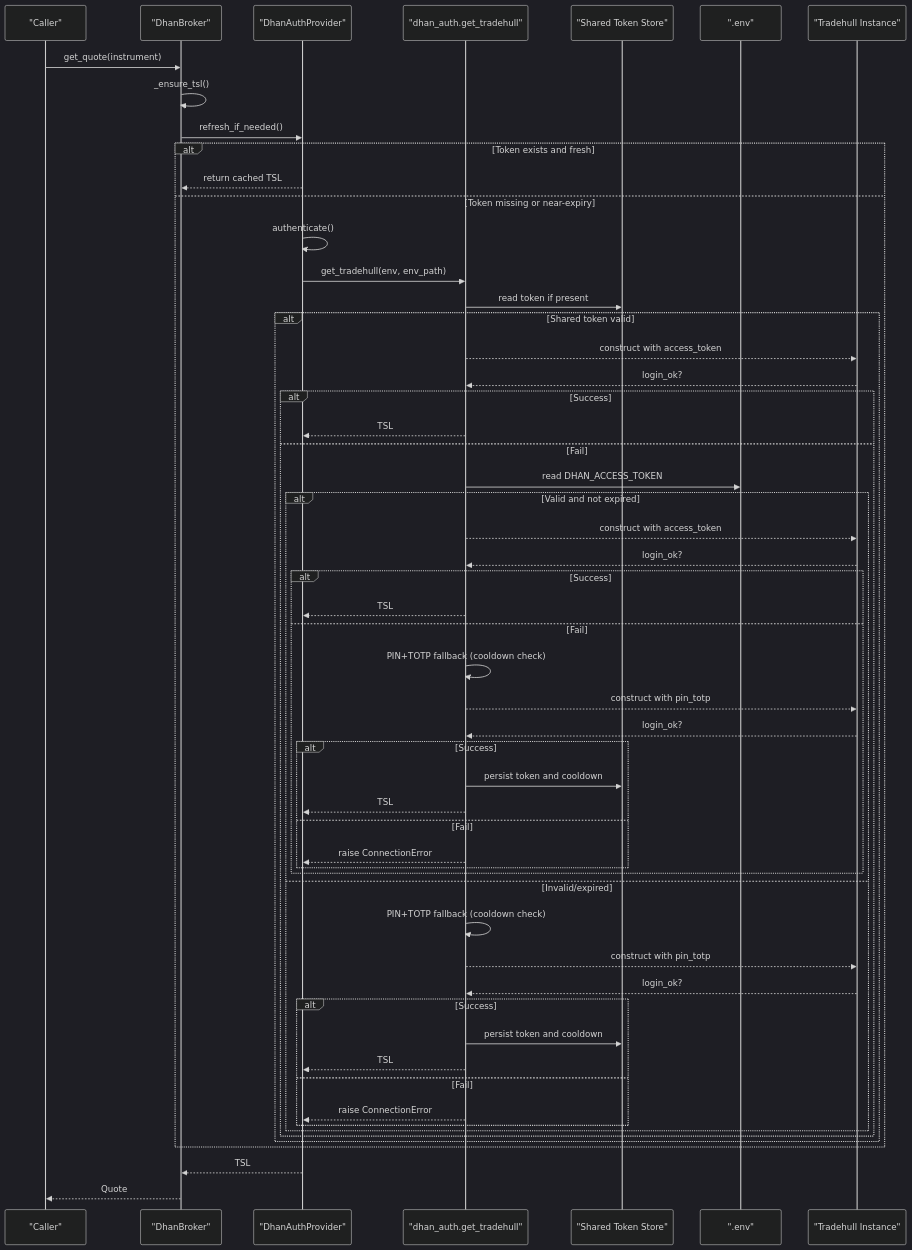
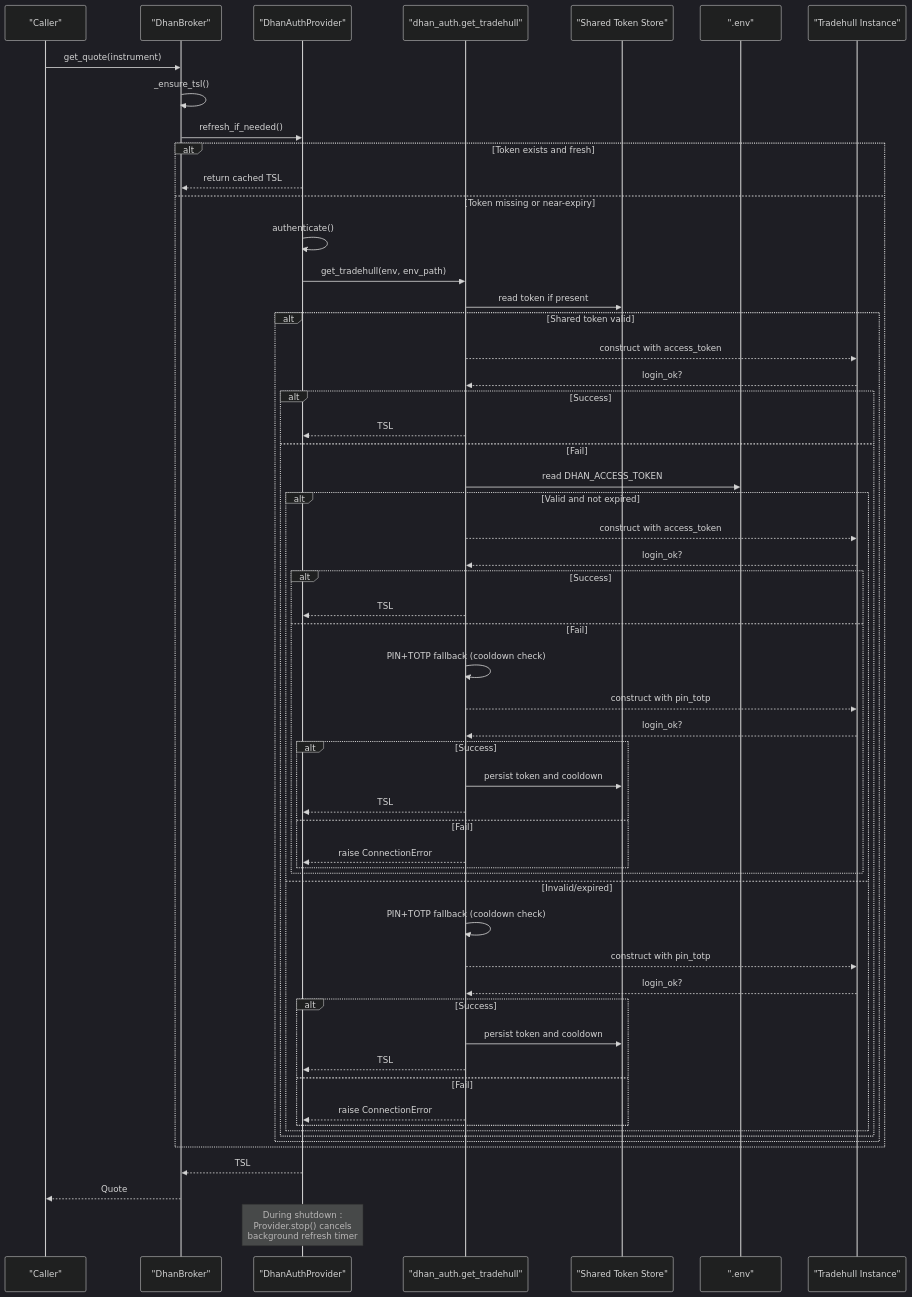
Before and after one commit to Ganesh-Kusundal/nTrade: the third of 9 diagrams in .qoder/repowiki/en/content/Broker Integration/Authentication & Security.md, drawn with Mermaid (dark theme). The commit also changed other lines of this file and 331 other files, not shown here.

````diff
--- a/.qoder/repowiki/en/content/Broker Integration/Authentication & Security.md
+++ b/.qoder/repowiki/en/content/Broker Integration/Authentication & Security.md
@@ -243,58 +283,59 @@
 ```mermaid
 sequenceDiagram
 participant Client as "Caller"
 participant Broker as "DhanBroker"
 participant Provider as "DhanAuthProvider"
 participant Helper as "dhan_auth.get_tradehull"
 participant Store as "Shared Token Store"
 participant Env as ".env"
 participant TSL as "Tradehull Instance"
 Client->>Broker : get_quote(instrument)
 Broker->>Broker : _ensure_tsl()
 Broker->>Provider : refresh_if_needed()
 alt Token exists and fresh
 Provider-->>Broker : return cached TSL
 else Token missing or near-expiry
 Provider->>Provider : authenticate()
 Provider->>Helper : get_tradehull(env, env_path)
 Helper->>Store : read token if present
 alt Shared token valid
 Helper-->>TSL : construct with access_token
 TSL-->>Helper : login_ok?
 alt Success
 Helper-->>Provider : TSL
 else Fail
 Helper->>Env : read DHAN_ACCESS_TOKEN
 alt Valid and not expired
 Helper-->>TSL : construct with access_token
 TSL-->>Helper : login_ok?
 alt Success
 Helper-->>Provider : TSL
 else Fail
 Helper->>Helper : PIN+TOTP fallback (cooldown check)
 Helper-->>TSL : construct with pin_totp
 TSL-->>Helper : login_ok?
 alt Success
 Helper->>Store : persist token and cooldown
 Helper-->>Provider : TSL
 else Fail
 Helper-->>Provider : raise ConnectionError
 end
 end
 else Invalid/expired
 Helper->>Helper : PIN+TOTP fallback (cooldown check)
 Helper-->>TSL : construct with pin_totp
 TSL-->>Helper : login_ok?
 alt Success
 Helper->>Store : persist token and cooldown
 Helper-->>Provider : TSL
 else Fail
 Helper-->>Provider : raise ConnectionError
 end
 end
 end
 end
 end
 Provider-->>Broker : TSL
 Broker-->>Client : Quote
+Note over Provider : During shutdown : <br/>Provider.stop() cancels<br/>background refresh timer
 ```
````
